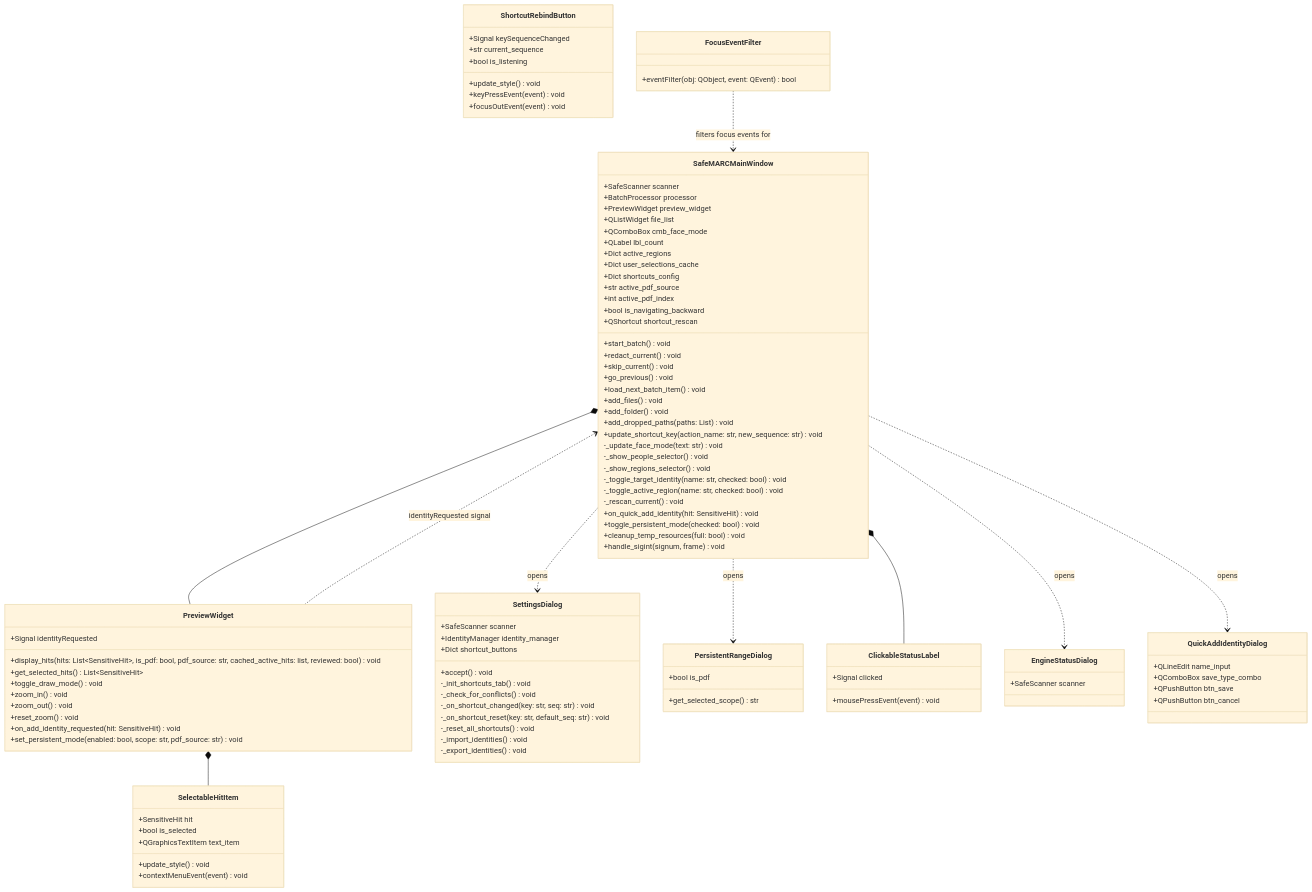
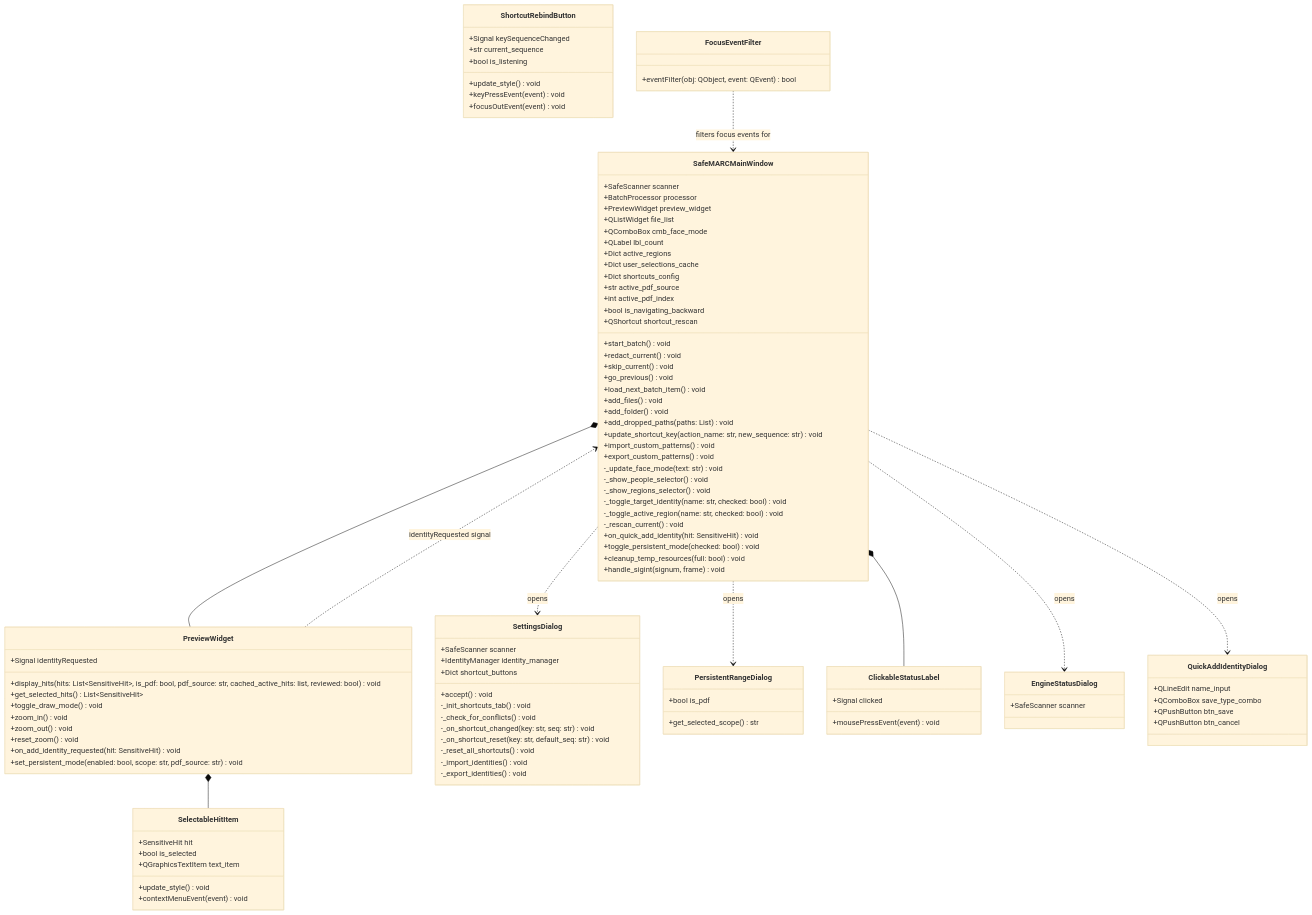
The third of 3 diagrams in docs/architecture/uml_classes.md (FurqanHun/SafeMARC), drawn with Mermaid (base theme) before and after one commit. The commit also changed 8 other files, not shown here.

First line of the commit message:
feat: implement password-protected pattern import/export

```diff
--- a/docs/architecture/uml_classes.md
+++ b/docs/architecture/uml_classes.md
@@ -151,6 +151,8 @@
         +add_folder() void
         +add_dropped_paths(paths: List) void
         +update_shortcut_key(action_name: str, new_sequence: str) void
+        +import_custom_patterns() void
+        +export_custom_patterns() void
         -_update_face_mode(text: str) void
         -_show_people_selector() void
         -_show_regions_selector() void
```
